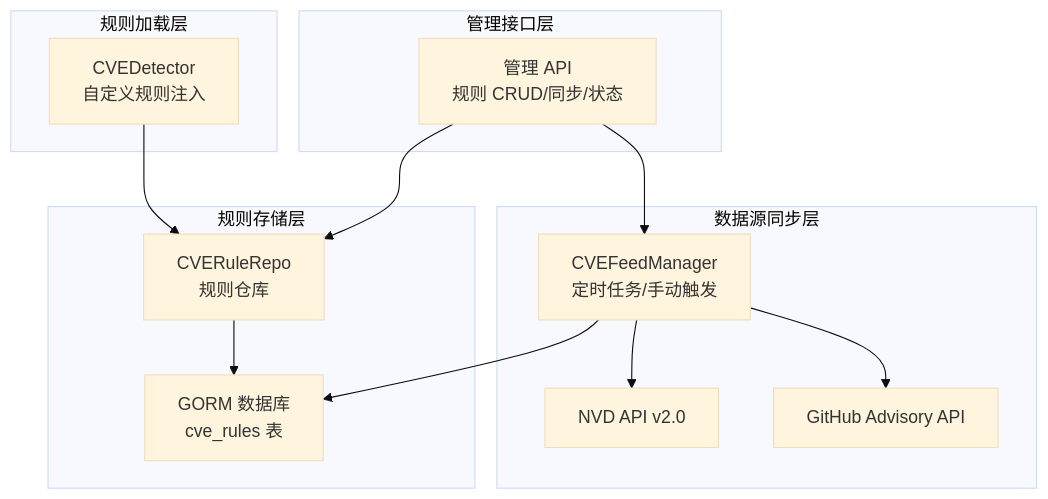
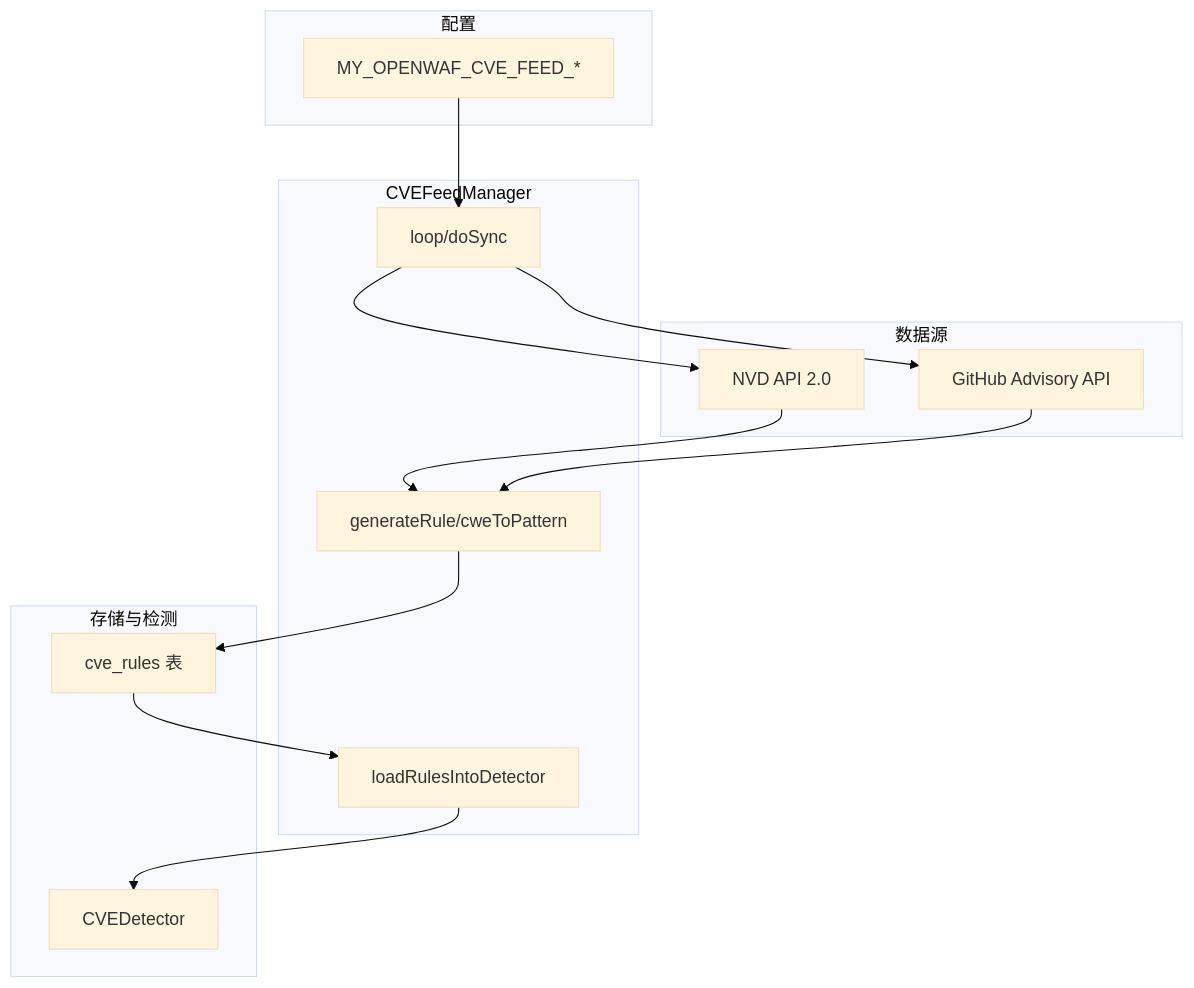
One commit to x01n/My-OpenWaf changed the first of 3 diagrams in docs/安全防护功能/CVE 漏洞检测/CVE 数据源同步.md. Above: the diagram before and after it, drawn with Mermaid (base theme). The commit also changed other lines of this file and 622 other files, not shown here.

````diff
--- a/docs/安全防护功能/CVE 漏洞检测/CVE 数据源同步.md
+++ b/docs/安全防护功能/CVE 漏洞检测/CVE 数据源同步.md
@@ -41,25 +50,27 @@
 ```mermaid
 graph TB
-subgraph "数据源同步层"
-F["CVEFeedManager<br/>定时任务/手动触发"]
-NVD["NVD API v2.0"]
+subgraph "数据源"
+NVD["NVD API 2.0"]
 GH["GitHub Advisory API"]
 end
-subgraph "规则存储层"
-DB["GORM 数据库<br/>cve_rules 表"]
-REPO["CVERuleRepo<br/>规则仓库"]
+subgraph "CVEFeedManager"
+LOOP["loop/doSync"]
+GEN["generateRule/cweToPattern"]
+LOAD["loadRulesIntoDetector"]
 end
-subgraph "规则加载层"
-DET["CVEDetector<br/>自定义规则注入"]
+subgraph "存储与检测"
+DB["cve_rules 表"]
+DET["CVEDetector"]
 end
-subgraph "管理接口层"
-API["管理 API<br/>规则 CRUD/同步/状态"]
+subgraph "配置"
+ENV["MY_OPENWAF_CVE_FEED_*"]
 end
-F --> NVD
-F --> GH
-F --> DB
-REPO --> DB
-DET --> REPO
-API --> REPO
-API --> F
+ENV --> LOOP
+LOOP --> NVD
+LOOP --> GH
+NVD --> GEN
+GH --> GEN
+GEN --> DB
+DB --> LOAD
+LOAD --> DET
 ```
````
